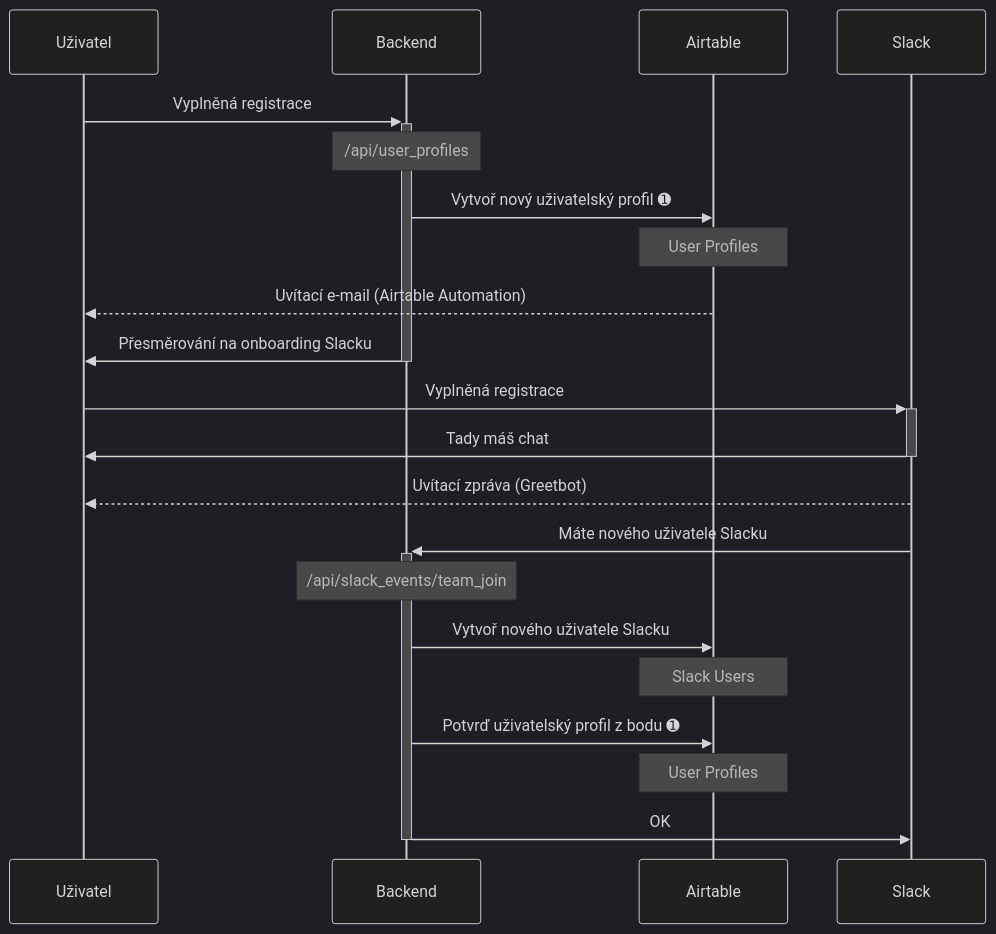
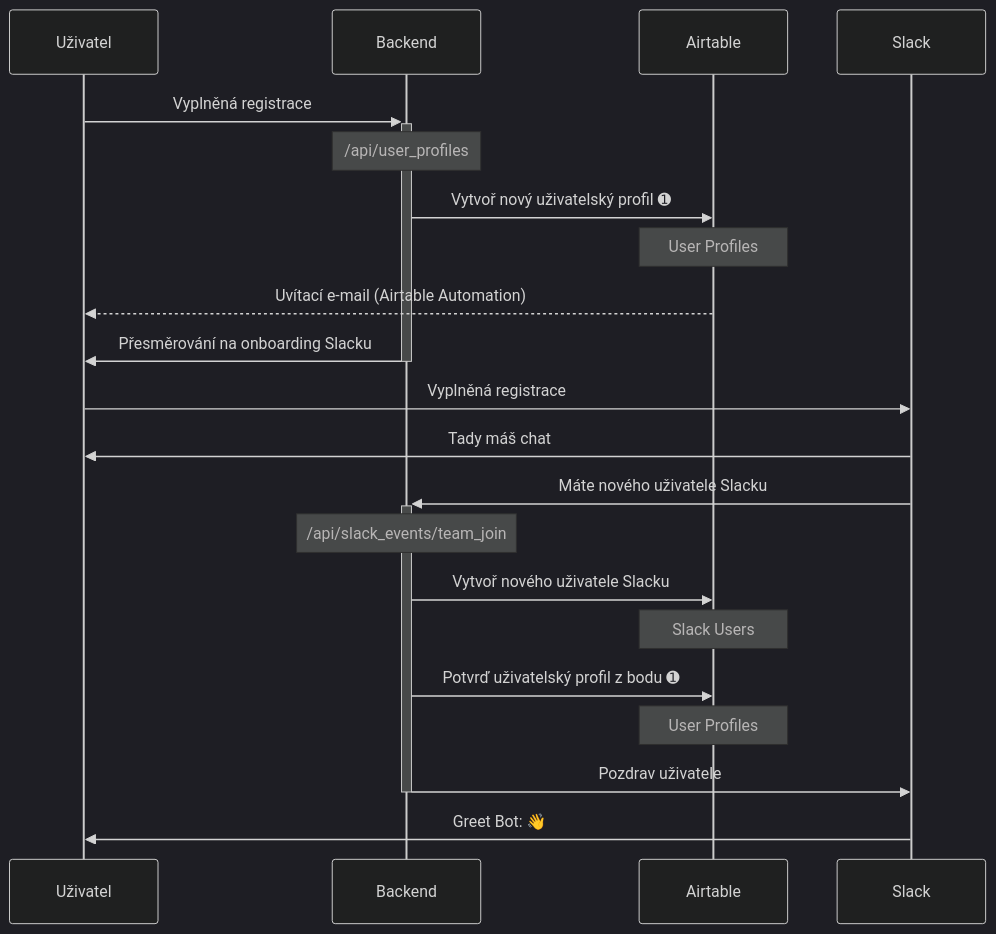
Before and after one commit to cesko-digital/app: the diagram in doc/spec.md, drawn with Mermaid (dark theme). The commit also changed 5 other files, not shown here.

````diff
--- a/doc/spec.md
+++ b/doc/spec.md
@@ -49,23 +49,23 @@
 ```mermaid
 sequenceDiagram
     participant Uživatel
     participant Backend
     participant Airtable
     participant Slack
     Uživatel->>+Backend: Vyplněná registrace
     Note over Backend: /api/user_profiles
     Backend->>Airtable: Vytvoř nový uživatelský profil ➊
     Note over Airtable: User Profiles
     Airtable-->>Uživatel: Uvítací e-mail (Airtable Automation)
     Backend->>-Uživatel: Přesměrování na onboarding Slacku
-    Uživatel->>+Slack: Vyplněná registrace
-    Slack->>-Uživatel: Tady máš chat
-    Slack-->>Uživatel: Uvítací zpráva (Greetbot)
+    Uživatel->>Slack: Vyplněná registrace
+    Slack->>Uživatel: Tady máš chat
     Slack->>+Backend: Máte nového uživatele Slacku
     Note over Backend: /api/slack_events/team_join
     Backend->>Airtable: Vytvoř nového uživatele Slacku
     Note over Airtable: Slack Users
     Backend->>Airtable: Potvrď uživatelský profil z bodu ➊
     Note over Airtable: User Profiles
-    Backend->>-Slack: OK
+    Backend->>-Slack: Pozdrav uživatele
+    Slack->>Uživatel: Greet Bot: 👋
 ```
````
